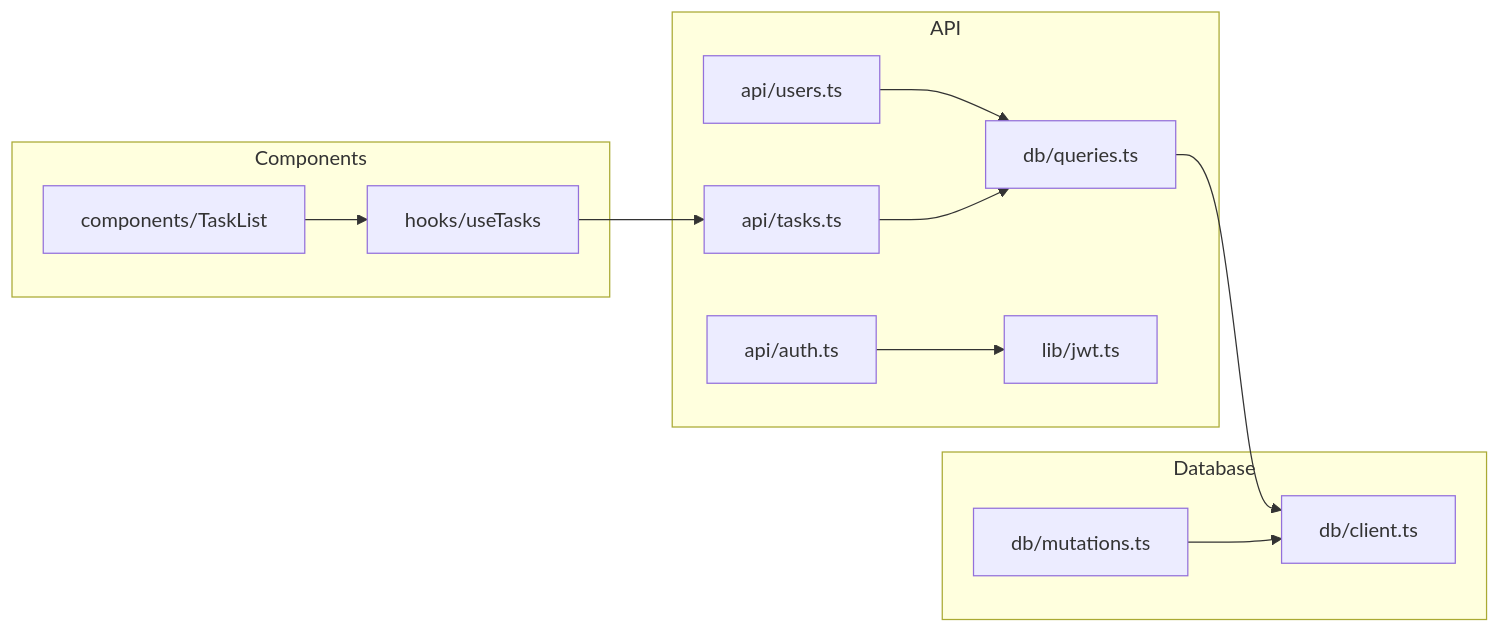
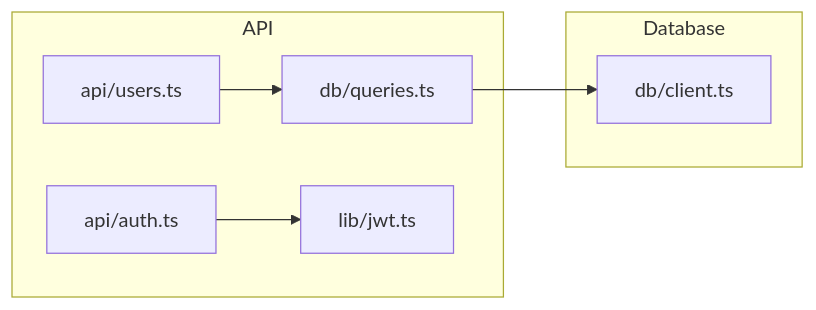
One commit to airowe/codebase-context-skill changed the diagram in SKILL.md. Above: the diagram before and after it, drawn with Mermaid. The commit also changed other lines of this file and 2 other files, not shown here.

````diff
--- a/SKILL.md
+++ b/SKILL.md
@@ -424,18 +339,11 @@
 ```mermaid
 graph LR
   subgraph API
     api/users.ts --> db/queries.ts
-    api/tasks.ts --> db/queries.ts
     api/auth.ts --> lib/jwt.ts
   end
 
   subgraph Database
     db/queries.ts --> db/client.ts
-    db/mutations.ts --> db/client.ts
-  end
-
-  subgraph Components
-    components/TaskList --> hooks/useTasks
-    hooks/useTasks --> api/tasks.ts
   end
 ```
````
